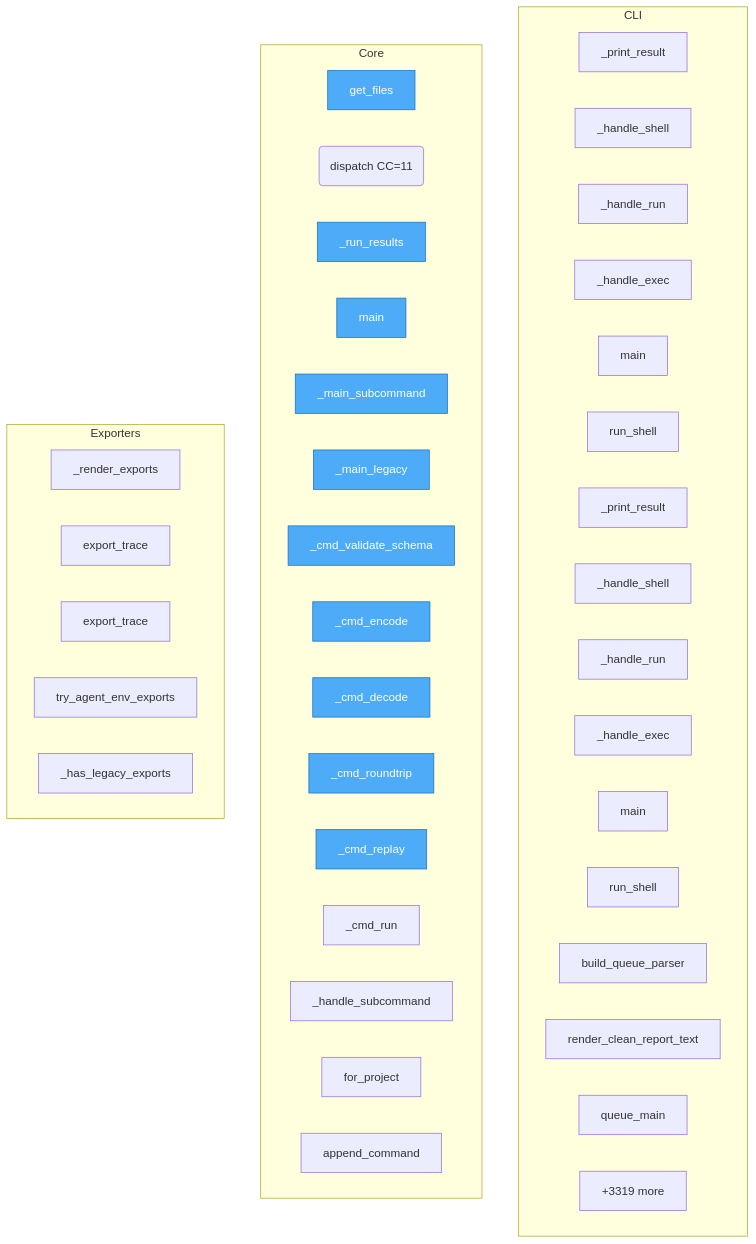
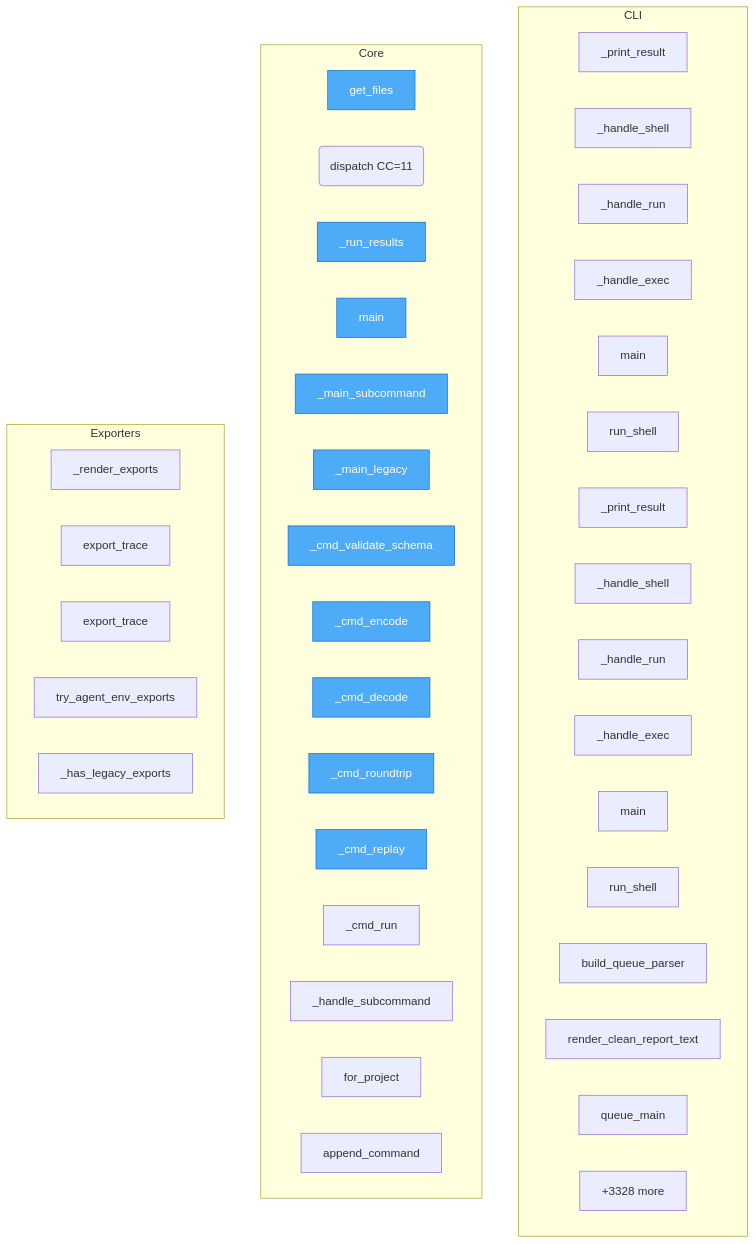
The diagram in project/flow.mmd (semcod/koru), drawn with Mermaid before and after one commit. The commit also changed 76 other files, not shown here.

```diff
--- a/project/flow.mmd
+++ b/project/flow.mmd
@@ -1,53 +1,53 @@
 flowchart TD
-%% generated in 3.62s
+%% generated in 1.01s
 
     %% Entry points (blue)
     classDef entry fill:#4dabf7,stroke:#1971c2,color:#fff
 
     subgraph CLI
         packages__cli2koru__src__cli2koru__cli___print_result["_print_result"]
         packages__cli2koru__src__cli2koru__cli___handle_shell["_handle_shell"]
         packages__cli2koru__src__cli2koru__cli___handle_run["_handle_run"]
         packages__cli2koru__src__cli2koru__cli___handle_exec["_handle_exec"]
         packages__cli2koru__src__cli2koru__cli__main["main"]
         packages__cli2koru__src__cli2koru__shell__run_shell["run_shell"]
         packages__cli2coru__src__cli2coru__cli___print_result["_print_result"]
         packages__cli2coru__src__cli2coru__cli___handle_shell["_handle_shell"]
         packages__cli2coru__src__cli2coru__cli___handle_run["_handle_run"]
         packages__cli2coru__src__cli2coru__cli___handle_exec["_handle_exec"]
         packages__cli2coru__src__cli2coru__cli__main["main"]
         packages__cli2coru__src__cli2coru__shell__run_shell["run_shell"]
         koru__cli_queue__build_queue_parser["build_queue_parser"]
         koru__cli_queue__render_clean_report_text["render_clean_report_text"]
         koru__cli_queue__queue_main["queue_main"]
         ...["+4 more"]
     end
 
     subgraph Core
         check_dups__get_files["get_files"]
         packages__dsl2koru__src__dsl2koru__bus__dispatch("dispatch CC=11")
         packages__dsl2koru__src__dsl2koru__cli___run_results["_run_results"]
         packages__dsl2koru__src__dsl2koru__cli__main["main"]
         packages__dsl2koru__src__dsl2koru__cli___main_subcommand["_main_subcommand"]
         packages__dsl2koru__src__dsl2koru__cli___main_legacy["_main_legacy"]
         packages__dsl2koru__src__dsl2koru__cli___cmd_validate_schema["_cmd_validate_schema"]
         packages__dsl2koru__src__dsl2koru__cli___cmd_encode["_cmd_encode"]
         packages__dsl2koru__src__dsl2koru__cli___cmd_decode["_cmd_decode"]
         packages__dsl2koru__src__dsl2koru__cli___cmd_roundtrip["_cmd_roundtrip"]
         packages__dsl2koru__src__dsl2koru__cli___cmd_replay["_cmd_replay"]
         packages__dsl2koru__src__dsl2koru__cli___cmd_run["_cmd_run"]
         packages__dsl2koru__src__dsl2koru__cli___handle_subcommand["_handle_subcommand"]
         packages__dsl2koru__src__dsl2koru__events__EventStore__for_project["for_project"]
         packages__dsl2koru__src__dsl2koru__events__EventStore__append_command["append_command"]
-        ...["+3319 more"]
+        ...["+3328 more"]
     end
 
     subgraph Exporters
         packages__koruenv__src__koruenv__cli___render_exports["_render_exports"]
         packages__nlpshim__src__nlpshim__conversation_client__ConversationTestClient__export_trace["export_trace"]
         packages__nlpshim__src__nlpshim__conversation_test_api__export_trace["export_trace"]
         src__koru__agent_cli_helpers__try_agent_env_exports["try_agent_env_exports"]
         src__koru__cli___has_legacy_exports["_has_legacy_exports"]
     end
 
     class check_dups__get_files,packages__dsl2koru__src__dsl2koru__cli___run_results,packages__dsl2koru__src__dsl2koru__cli__main,packages__dsl2koru__src__dsl2koru__cli___main_subcommand,packages__dsl2koru__src__dsl2koru__cli___main_legacy,packages__dsl2koru__src__dsl2koru__cli___cmd_validate_schema,packages__dsl2koru__src__dsl2koru__cli___cmd_encode,packages__dsl2koru__src__dsl2koru__cli___cmd_decode,packages__dsl2koru__src__dsl2koru__cli___cmd_roundtrip,packages__dsl2koru__src__dsl2koru__cli___cmd_replay entry
```
